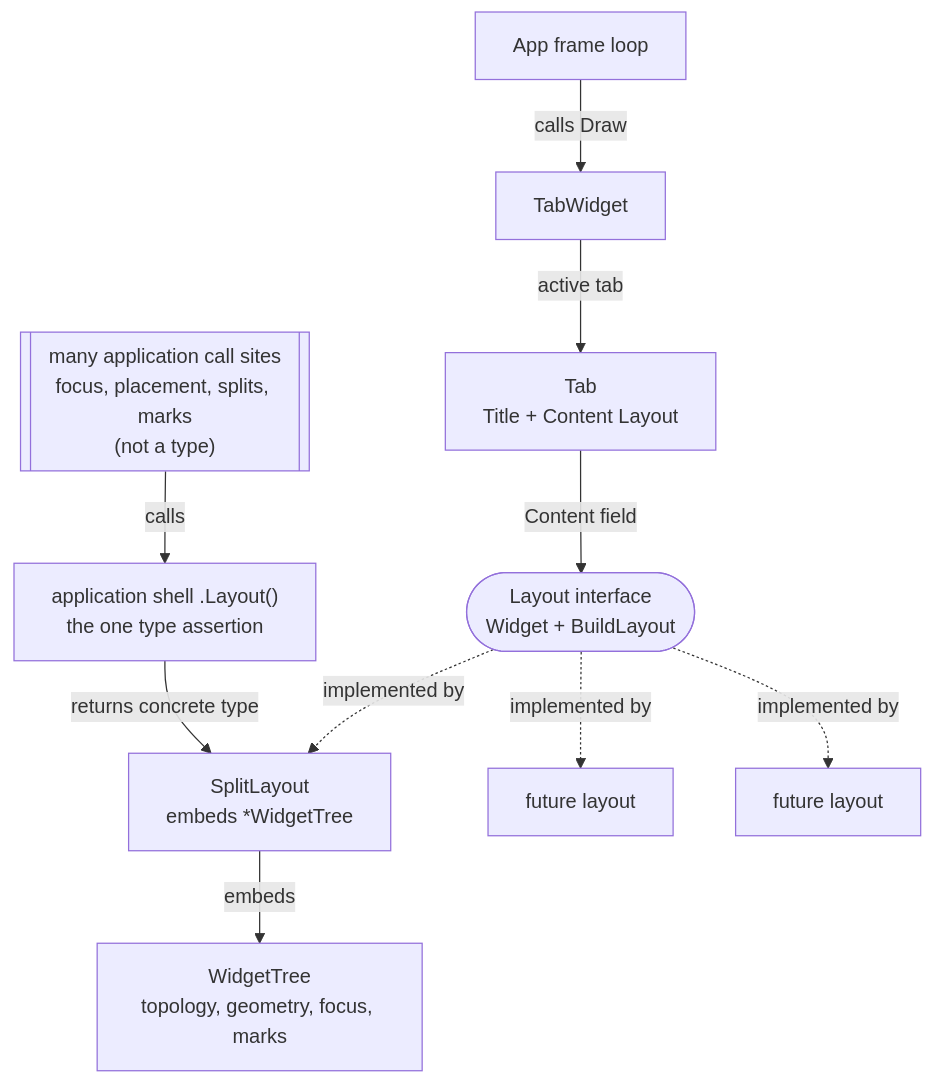
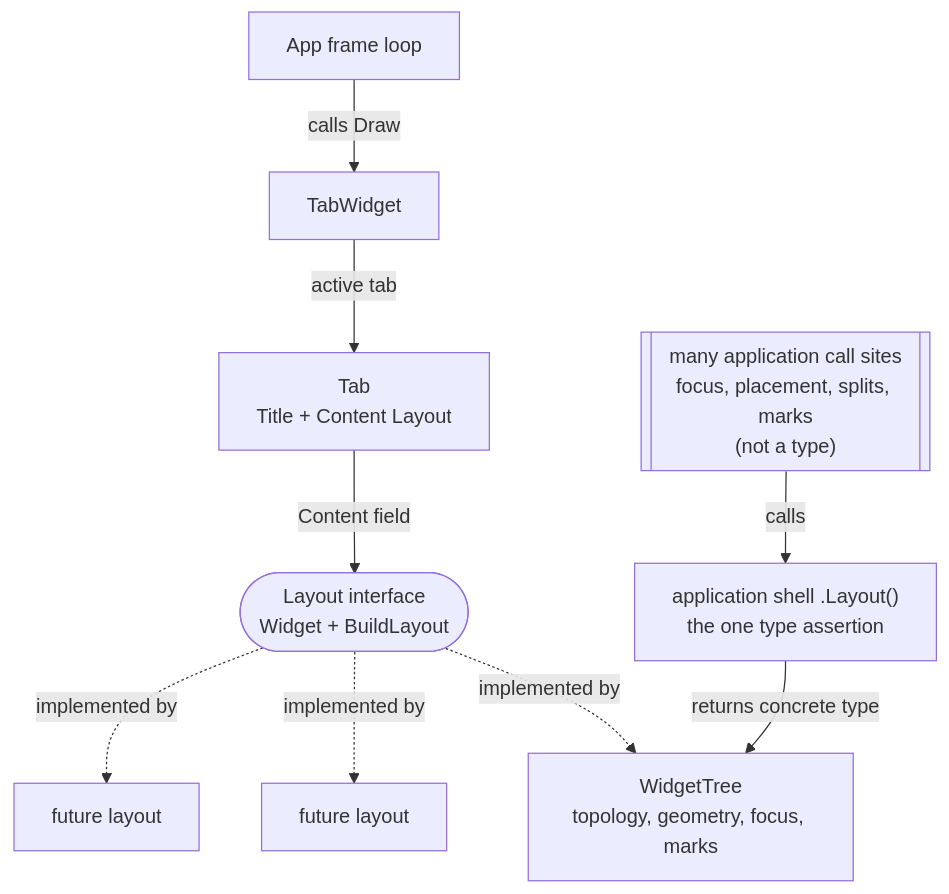
One commit to yairgd/termforge changed the fifth of 6 diagrams in docs/WINDOW_MANAGEMENT.md. Above: the diagram before and after it, drawn with Mermaid. The commit also changed other lines of this file and 18 other files, not shown here.

First line of the commit message:
refactor!: split Widget, drop the SplitLayout wrapper

````diff
--- a/docs/WINDOW_MANAGEMENT.md
+++ b/docs/WINDOW_MANAGEMENT.md
@@ -322,23 +324,21 @@
 ```mermaid
 flowchart TD
     App["App frame loop"]
     TabW["TabWidget"]
     Tab["Tab<br/>Title + Content Layout"]
     Iface(["Layout interface<br/>Widget + BuildLayout"])
-    SL["SplitLayout<br/>embeds *WidgetTree"]
     WT["WidgetTree<br/>topology, geometry, focus, marks"]
     FutureA["future layout"]
     FutureB["future layout"]
     Shell["application shell .Layout()<br/>the one type assertion"]
     AppCode[["many application call sites<br/>focus, placement, splits, marks<br/>(not a type)"]]
 
     App -->|"calls Draw"| TabW
     TabW -->|"active tab"| Tab
     Tab -->|"Content field"| Iface
-    Iface -.->|"implemented by"| SL
+    Iface -.->|"implemented by"| WT
     Iface -.->|"implemented by"| FutureA
     Iface -.->|"implemented by"| FutureB
-    SL -->|"embeds"| WT
     AppCode -->|"calls"| Shell
-    Shell -->|"returns concrete type"| SL
+    Shell -->|"returns concrete type"| WT
 ```
````
